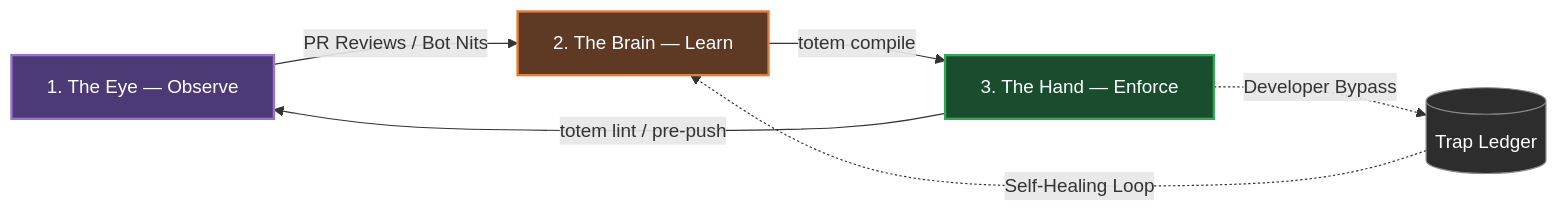
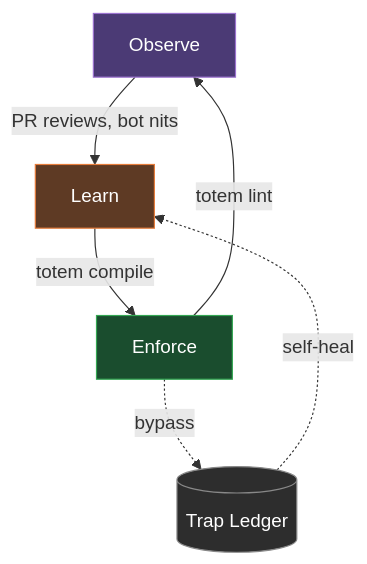
Before and after one commit to mmnto-ai/totem: the diagram in README.md, drawn with Mermaid. The commit also changed other lines of this file, not shown here.

Commit message:
docs: clean up README loop section and mermaid chart (#1222)
* docs: strip Eye/Brain/Hand metaphors from README loop section

Observe/Learn/Enforce as plain verbs. Tighter descriptions.

* docs: switch mermaid chart to top-down layout, clean up styles

LR layout was getting clipped by GitHub's page controls on narrow
viewports. TD renders tighter. Inline styles replace classDef.

---------

````diff
--- a/README.md
+++ b/README.md
@@ -21,19 +21,13 @@
 ```mermaid
-graph LR
-    classDef observe fill:#4b3a75,stroke:#9b72cf,stroke-width:2px,color:#fff
-    classDef learn fill:#5e3a24,stroke:#e67c3b,stroke-width:2px,color:#fff
-    classDef enforce fill:#1a4d2e,stroke:#34a853,stroke-width:2px,color:#fff
-    classDef core fill:#2d2d2d,stroke:#888,stroke-width:1px,color:#fff
+graph TD
+    Observe["Observe"] -->|"PR reviews, bot nits"| Learn["Learn"]
+    Learn -->|"totem compile"| Enforce["Enforce"]
+    Enforce -->|"totem lint"| Observe
+    Enforce -.->|"bypass"| Ledger[("Trap Ledger")]
+    Ledger -.->|"self-heal"| Learn
 
-    Observe["1. The Eye — Observe"]:::observe
-    Learn["2. The Brain — Learn"]:::learn
-    Enforce["3. The Hand — Enforce"]:::enforce
-    Ledger[("Trap Ledger")]:::core
-
-    Observe -->|"PR Reviews / Bot Nits"| Learn
-    Learn -->|"totem compile"| Enforce
-    Enforce -->|"totem lint / pre-push"| Observe
-
-    Enforce -.->|"Developer Bypass"| Ledger
-    Ledger -.->|"Self-Healing Loop"| Learn
+    style Observe fill:#4b3a75,stroke:#9b72cf,color:#fff
+    style Learn fill:#5e3a24,stroke:#e67c3b,color:#fff
+    style Enforce fill:#1a4d2e,stroke:#34a853,color:#fff
+    style Ledger fill:#2d2d2d,stroke:#888,color:#fff
 ```
````
